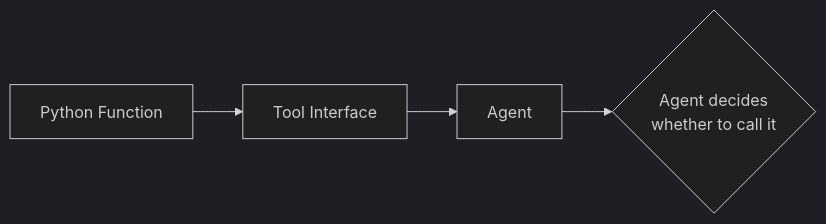
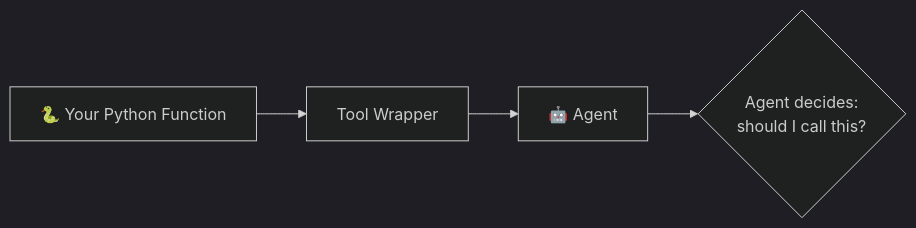
Diagram 11 of 31 in Agentic Ai Learning/08 Open-ai-agent-sdk/00 Introduction/Readme.md (maliksiddiq/learning-agentic-ai), drawn with Mermaid (dark theme) before and after one commit. The commit also changed other lines of this file, not shown here.

Commit message:
Introduction OF open-ai-agent-sdk

````diff
--- a/Agentic Ai Learning/08 Open-ai-agent-sdk/00 Introduction/Readme.md
+++ b/Agentic Ai Learning/08 Open-ai-agent-sdk/00 Introduction/Readme.md
@@ -233,4 +289,4 @@
 ```mermaid
 flowchart LR
-    F[Python Function] --> I[Tool Interface] --> A[Agent] --> D{Agent decides<br/>whether to call it}
+    F["🐍 Your Python Function"] --> I[Tool Wrapper] --> A[🤖 Agent] --> D{"Agent decides:<br/>should I call this?"}
 ```
````
